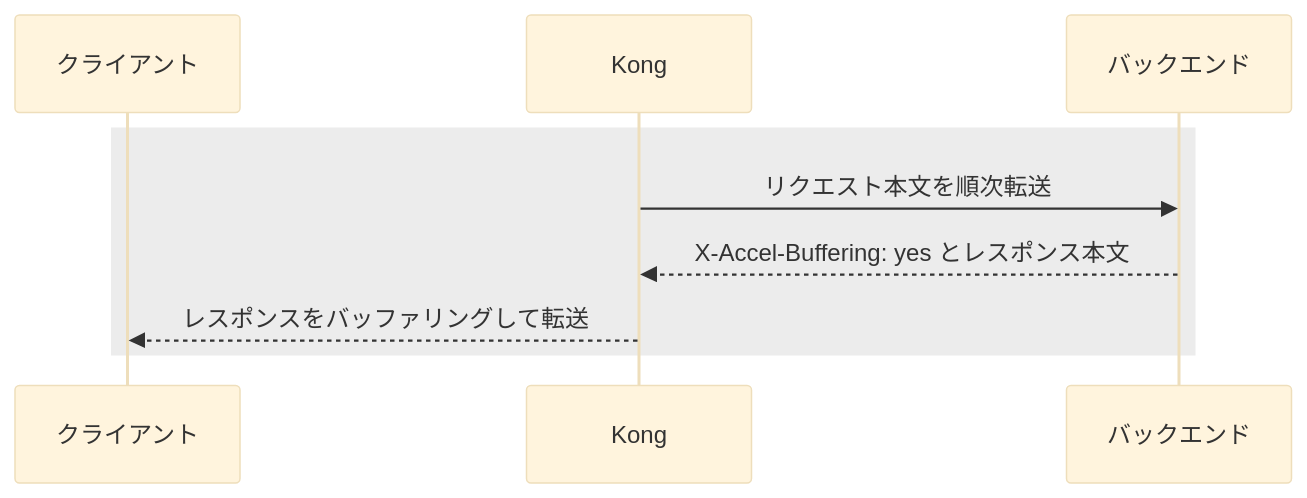
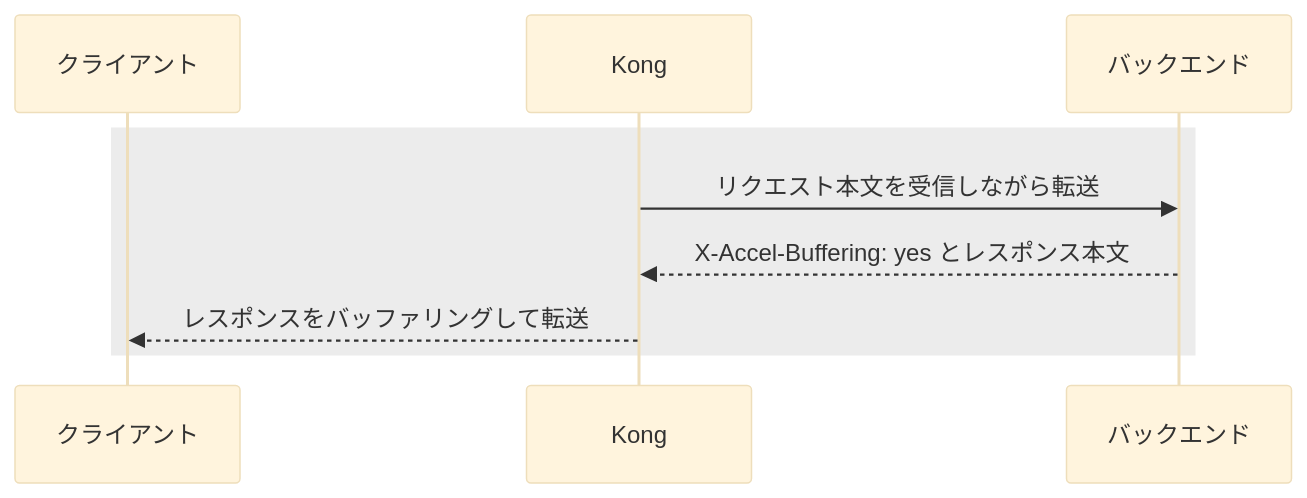
Before and after one commit to sasano8/infra-kubernetes: the fourth of 5 diagrams in docs/streaming.md, drawn with Mermaid (base theme). The commit also changed other lines of this file and 3 other files, not shown here.

````diff
--- a/docs/streaming.md
+++ b/docs/streaming.md
@@ -73,11 +77,11 @@
 ```mermaid
 sequenceDiagram
     participant C as クライアント
     participant K as Kong
     participant B as バックエンド
     rect rgba(128, 128, 128, 0.15)
-        K->>B: リクエスト本文を順次転送
+        K->>B: リクエスト本文を受信しながら転送
         B-->>K: X-Accel-Buffering: yes とレスポンス本文
         K-->>C: レスポンスをバッファリングして転送
     end
 ```
````
